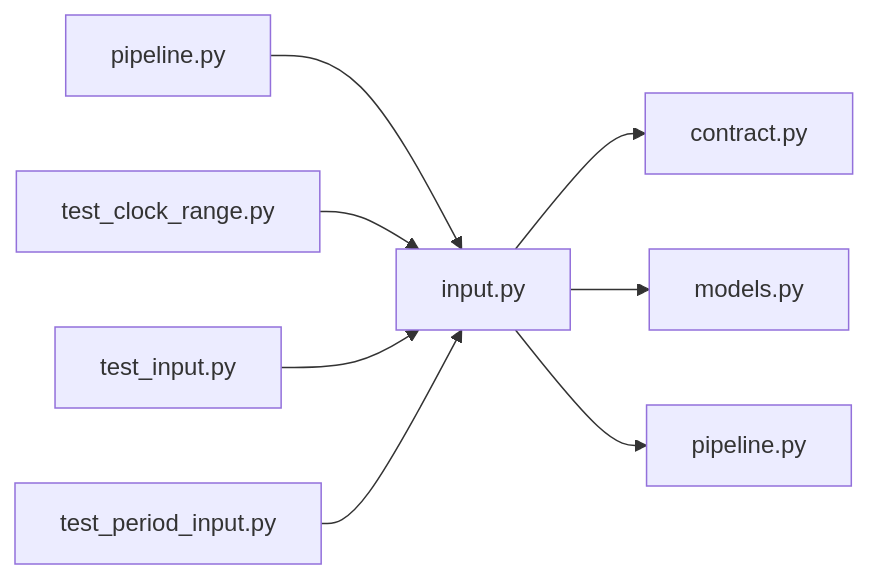
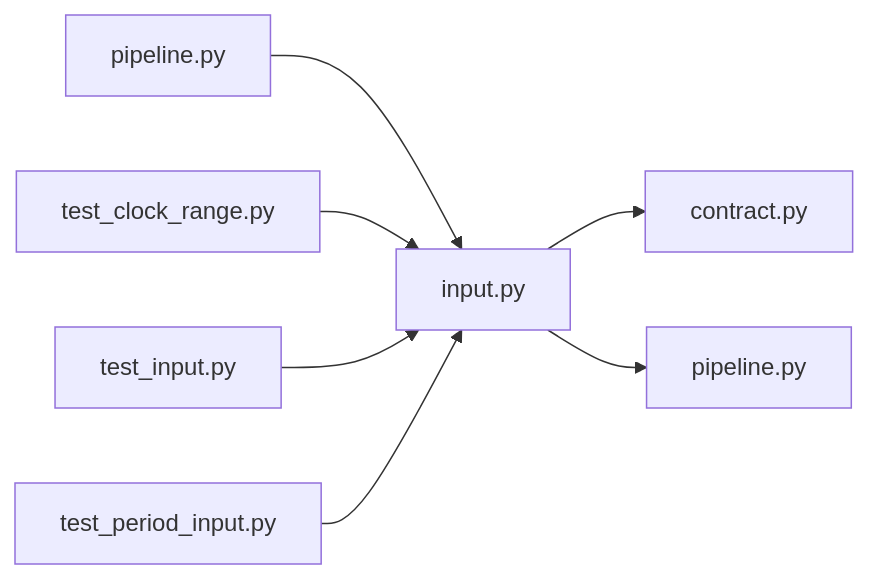
Before and after one commit to minkong-dev/Banblit: the diagram in .cluedoc/graph/backend/src/backend/services/validation/input.md, drawn with Mermaid. The commit also changed other lines of this file and 28 other files, not shown here.

````diff
--- a/.cluedoc/graph/backend/src/backend/services/validation/input.md
+++ b/.cluedoc/graph/backend/src/backend/services/validation/input.md
@@ -10,11 +10,10 @@
 ```mermaid
 flowchart LR
   backend_src_backend_services_validation_input["input.py"]
   backend_src_backend_services_validation_input --> backend_src_backend_contract["contract.py"]
-  backend_src_backend_services_validation_input --> backend_src_backend_db_models["models.py"]
   backend_src_backend_services_validation_input --> backend_src_backend_scheduling_pipeline["pipeline.py"]
   backend_src_backend_services_validation_pipeline["pipeline.py"] --> backend_src_backend_services_validation_input
   backend_tests_unit_test_clock_range["test_clock_range.py"] --> backend_src_backend_services_validation_input
   backend_tests_unit_test_input["test_input.py"] --> backend_src_backend_services_validation_input
   backend_tests_unit_test_period_input["test_period_input.py"] --> backend_src_backend_services_validation_input
 ```
````
